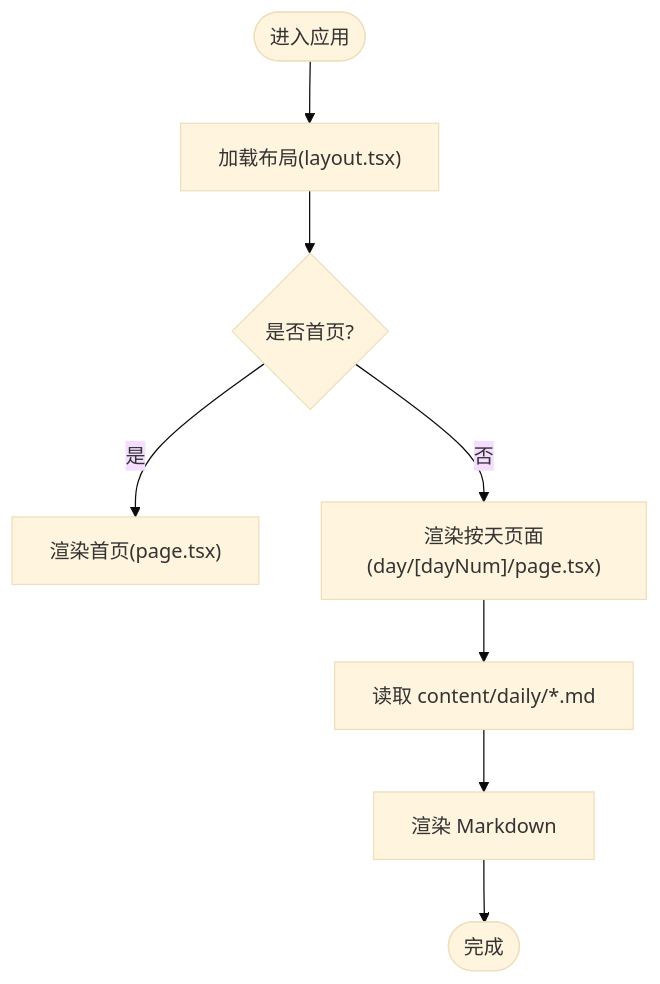
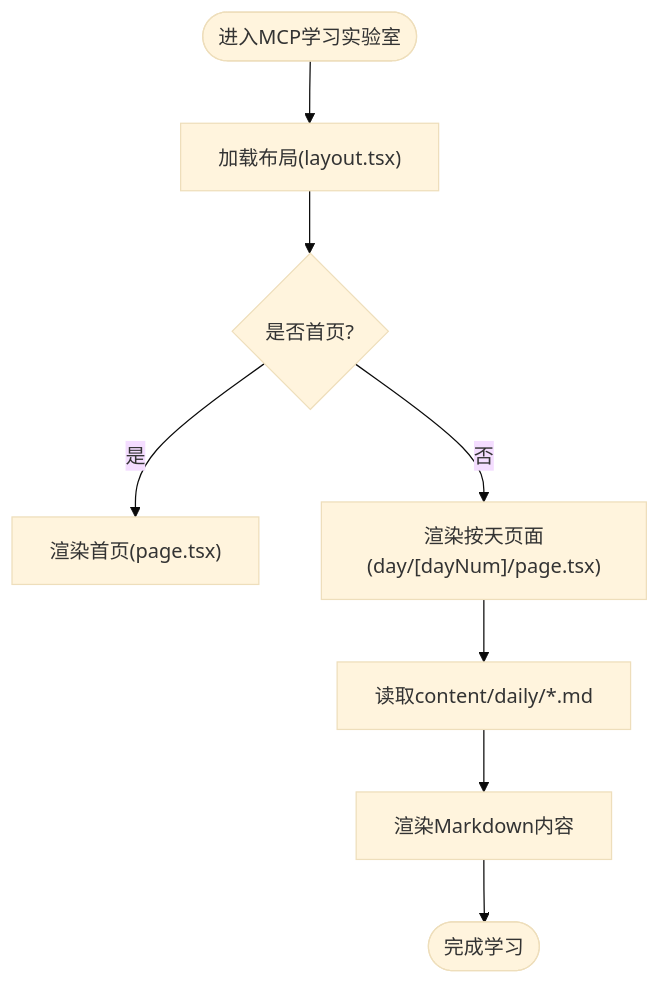
Before and after one commit to Leslie-Chuan/classic-example: the third of 7 diagrams in .qoder/repowiki/zh/content/项目概览.md, drawn with Mermaid (base theme). The commit also changed other lines of this file and 45 other files, not shown here.

````diff
--- a/.qoder/repowiki/zh/content/项目概览.md
+++ b/.qoder/repowiki/zh/content/项目概览.md
@@ -169,10 +189,10 @@
 ```mermaid
 flowchart TD
-Start(["进入应用"]) --> Layout["加载布局(layout.tsx)"]
+Start(["进入MCP学习实验室"]) --> Layout["加载布局(layout.tsx)"]
 Layout --> Home{"是否首页?"}
 Home --> |是| HomePage["渲染首页(page.tsx)"]
 Home --> |否| DayPage["渲染按天页面(day/[dayNum]/page.tsx)"]
-DayPage --> LoadContent["读取 content/daily/*.md"]
-LoadContent --> Render["渲染 Markdown"]
-Render --> End(["完成"])
+DayPage --> LoadContent["读取content/daily/*.md"]
+LoadContent --> Render["渲染Markdown内容"]
+Render --> End(["完成学习"])
 ```
````
